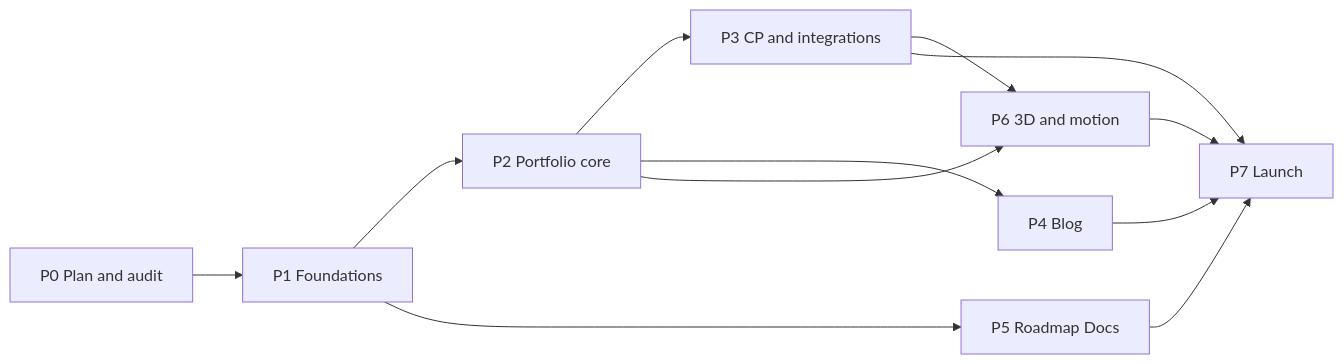
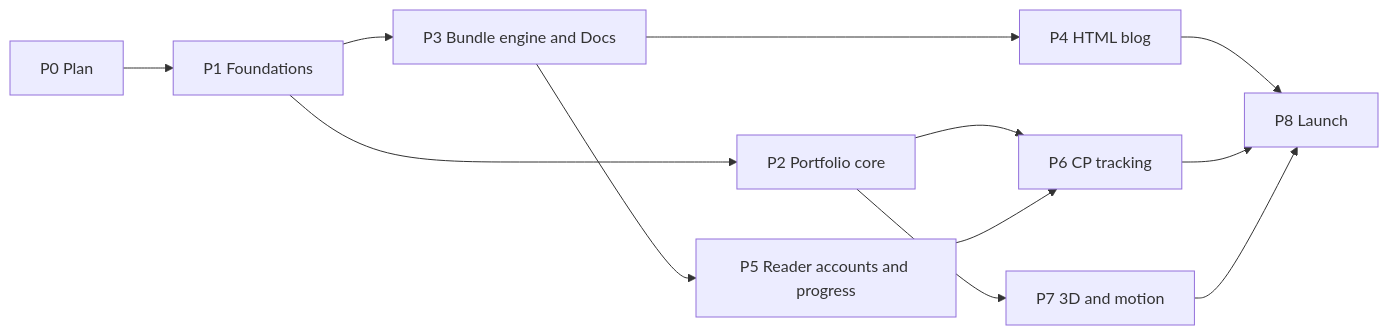
Before and after one commit to eyasir329/portfolio: the diagram in docs/16-delivery-plan.md, drawn with Mermaid. The commit also changed other lines of this file and 25 other files, not shown here.

First line of the commit message:
docs: revise plan to 0.2 for HTML blog, guest accounts and 10-judge CP tracking

````diff
--- a/docs/16-delivery-plan.md
+++ b/docs/16-delivery-plan.md
@@ -33,11 +30,12 @@
 ```mermaid
 flowchart LR
-  P0["P0 Plan and audit"] --> P1["P1 Foundations"]
+  P0["P0 Plan"] --> P1["P1 Foundations"]
   P1 --> P2["P2 Portfolio core"]
-  P1 --> P5["P5 Roadmap Docs"]
-  P2 --> P3["P3 CP and integrations"]
-  P2 --> P4["P4 Blog"]
-  P3 --> P6["P6 3D and motion"]
-  P2 --> P6
-  P3 & P4 & P5 & P6 --> P7["P7 Launch"]
+  P1 --> P3["P3 Bundle engine and Docs"]
+  P3 --> P4["P4 HTML blog"]
+  P3 --> P5["P5 Reader accounts and progress"]
+  P2 --> P6["P6 CP tracking"]
+  P5 --> P6
+  P2 --> P7["P7 3D and motion"]
+  P4 & P6 & P7 --> P8["P8 Launch"]
 ```
````
